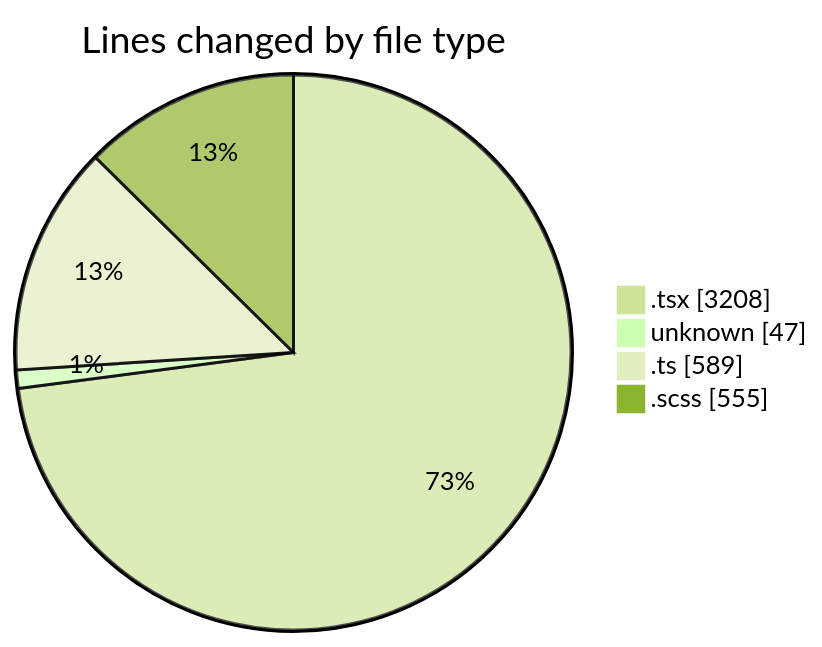
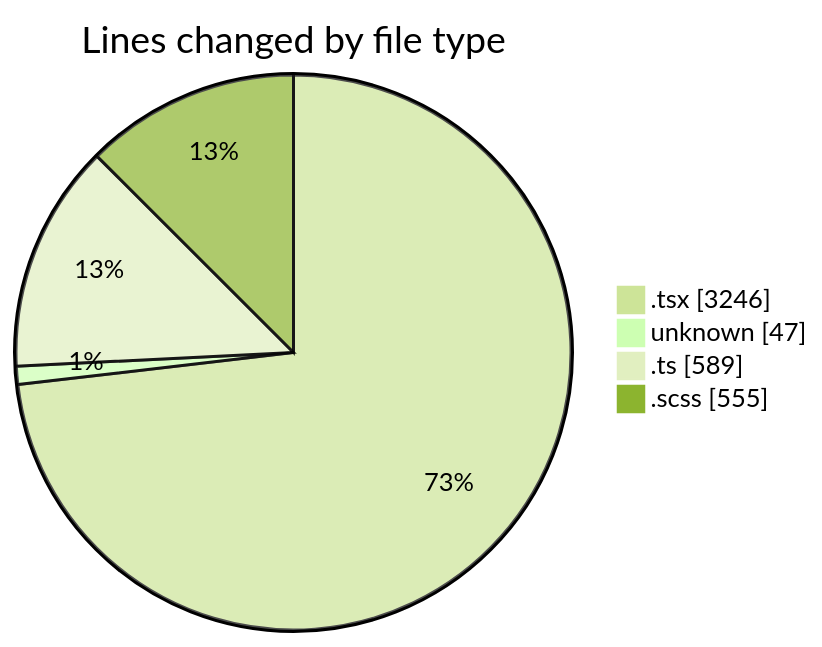
Before and after one commit to momahboobian/code-tracking: the first of 2 diagrams in 2025-09-18/cda/README.md, drawn with Mermaid (forest theme). The commit also changed other lines of this file and 1 other file, not shown here.

````diff
--- a/2025-09-18/cda/README.md
+++ b/2025-09-18/cda/README.md
@@ -28,8 +28,8 @@
 ```mermaid
 pie showData
 title Lines changed by file type
-".tsx" : 3208
+".tsx" : 3246
 "unknown" : 47
 ".ts" : 589
 ".scss" : 555
 ```
````
